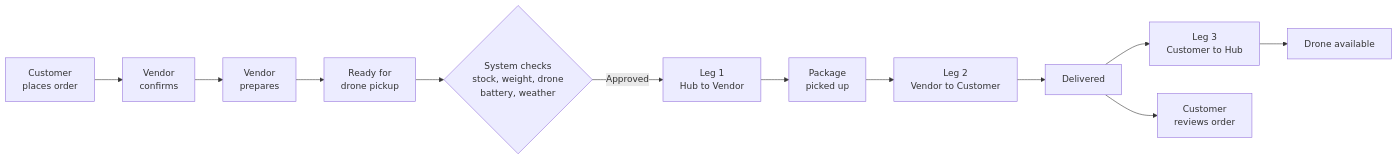
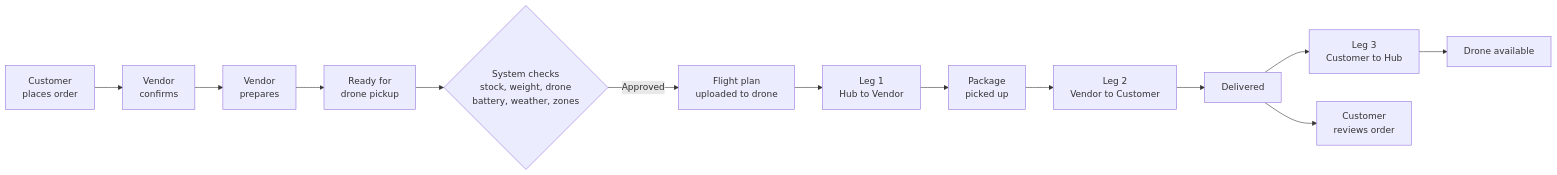
Before and after one commit to Rzenz/AeroDrop: the diagram in README.md, drawn with Mermaid. The commit also changed other lines of this file, not shown here.

First line of the commit message:
docs: update for drone flight, map pins, zones and the APK download

````diff
--- a/README.md
+++ b/README.md
@@ -171,14 +190,15 @@
 ```mermaid
 graph LR
     A[Customer<br/>places order] --> B[Vendor<br/>confirms]
     B --> C[Vendor<br/>prepares]
     C --> D[Ready for<br/>drone pickup]
-    D --> E{System checks<br/>stock, weight, drone<br/>battery, weather}
-    E -->|Approved| F[Leg 1<br/>Hub to Vendor]
-    F --> G[Package<br/>picked up]
-    G --> H[Leg 2<br/>Vendor to Customer]
-    H --> I[Delivered]
-    I --> J[Leg 3<br/>Customer to Hub]
-    J --> K[Drone available]
-    I --> L[Customer<br/>reviews order]
+    D --> E{System checks<br/>stock, weight, drone<br/>battery, weather, zones}
+    E -->|Approved| F[Flight plan<br/>uploaded to drone]
+    F --> G[Leg 1<br/>Hub to Vendor]
+    G --> H[Package<br/>picked up]
+    H --> I[Leg 2<br/>Vendor to Customer]
+    I --> J[Delivered]
+    J --> K[Leg 3<br/>Customer to Hub]
+    K --> L[Drone available]
+    J --> M[Customer<br/>reviews order]
 ```
````
